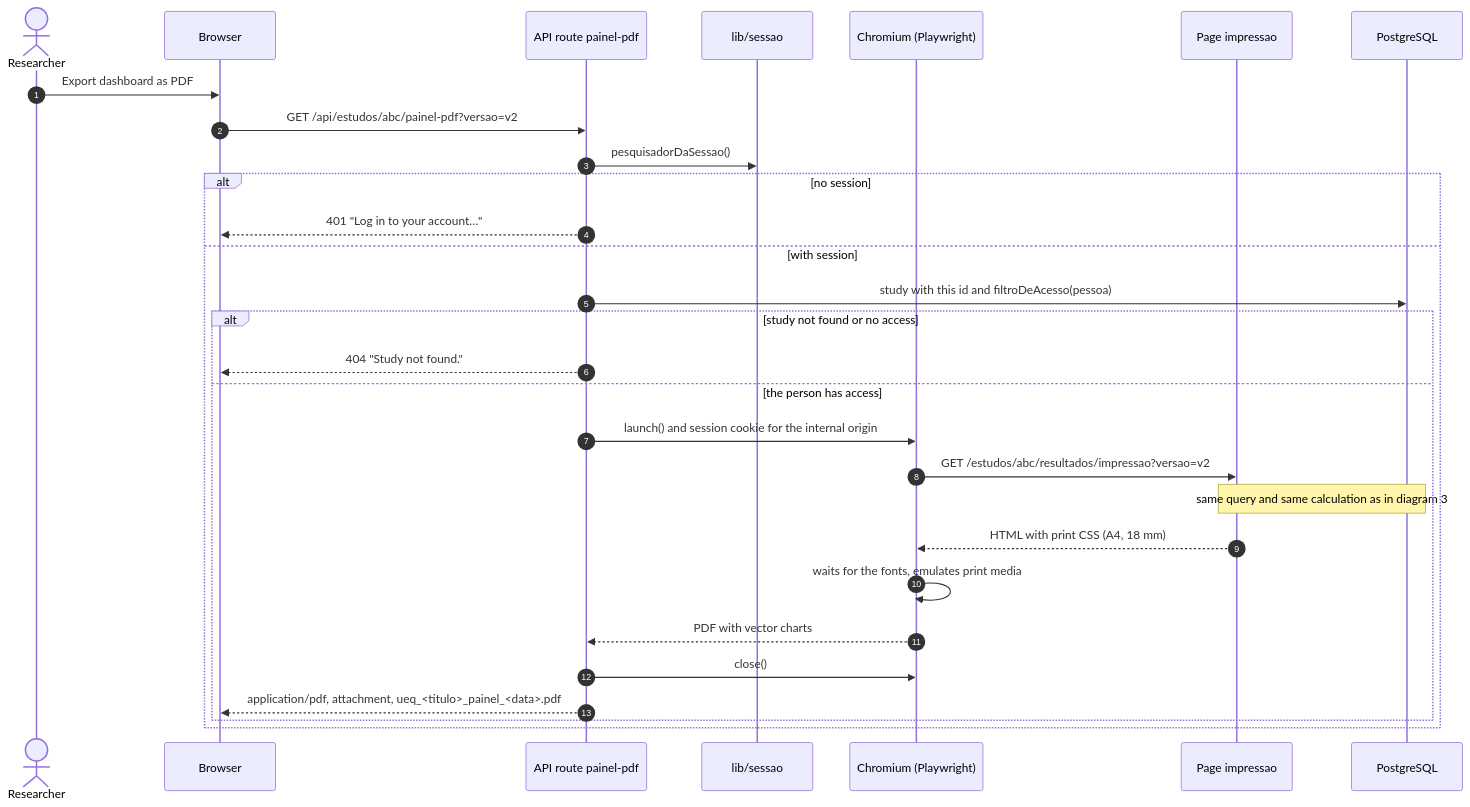
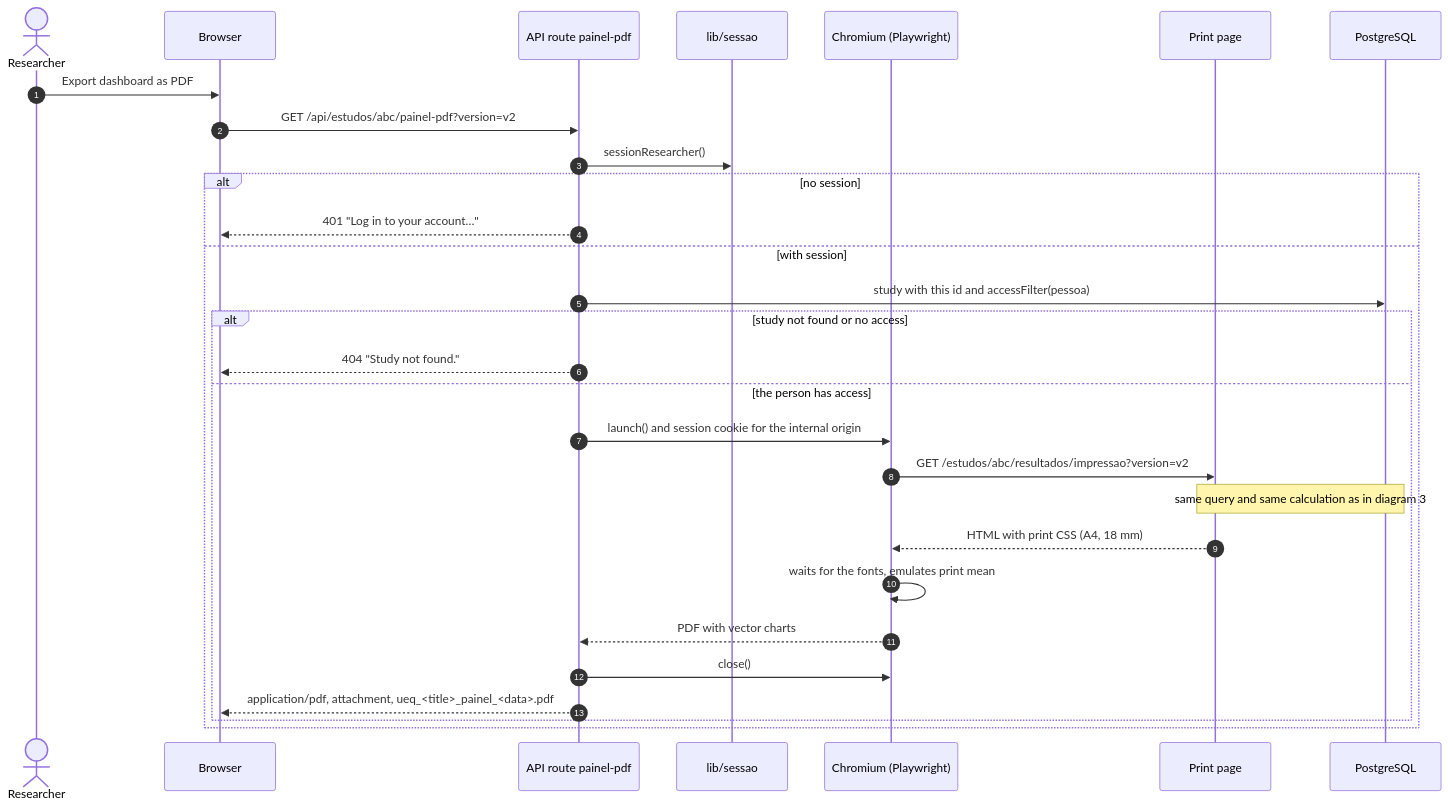
One commit to gabrielfjm/ueq_form_ihc changed the fifth of 8 diagrams in docs/documentacao/diagramas-de-sequencia.md. Above: the diagram before and after it, drawn with Mermaid. The commit also changed other lines of this file and 50 other files, not shown here.

First line of the commit message:
deixa os diagramas inteiramente em inglês, também nos nomes das classes, tabelas e estados

````diff
--- a/docs/documentacao/diagramas-de-sequencia.md
+++ b/docs/documentacao/diagramas-de-sequencia.md
@@ -234,32 +234,32 @@
 ```mermaid
 sequenceDiagram
     autonumber
     actor Pesq as Researcher
     participant Nav as Browser
     participant Rota as API route painel-pdf
-    participant Sessao as lib/sessao
+    participant Session as lib/sessao
     participant Chrome as Chromium (Playwright)
-    participant Imp as Page impressao
+    participant Imp as Print page
     participant BD as PostgreSQL
 
     Pesq->>Nav: Export dashboard as PDF
-    Nav->>Rota: GET /api/estudos/abc/painel-pdf?versao=v2
-    Rota->>Sessao: pesquisadorDaSessao()
+    Nav->>Rota: GET /api/estudos/abc/painel-pdf?version=v2
+    Rota->>Session: sessionResearcher()
     alt no session
         Rota-->>Nav: 401 "Log in to your account…"
     else with session
-        Rota->>BD: study with this id and filtroDeAcesso(pessoa)
+        Rota->>BD: study with this id and accessFilter(pessoa)
         alt study not found or no access
             Rota-->>Nav: 404 "Study not found."
         else the person has access
             Rota->>Chrome: launch() and session cookie for the internal origin
-            Chrome->>Imp: GET /estudos/abc/resultados/impressao?versao=v2
+            Chrome->>Imp: GET /estudos/abc/resultados/impressao?version=v2
             Note over Imp,BD: same query and same calculation as in diagram 3
             Imp-->>Chrome: HTML with print CSS (A4, 18 mm)
-            Chrome->>Chrome: waits for the fonts, emulates print media
+            Chrome->>Chrome: waits for the fonts, emulates print mean
             Chrome-->>Rota: PDF with vector charts
             Rota->>Chrome: close()
-            Rota-->>Nav: application/pdf, attachment, ueq_<titulo>_painel_<data>.pdf
+            Rota-->>Nav: application/pdf, attachment, ueq_<title>_painel_<data>.pdf
         end
     end
 ```
````
